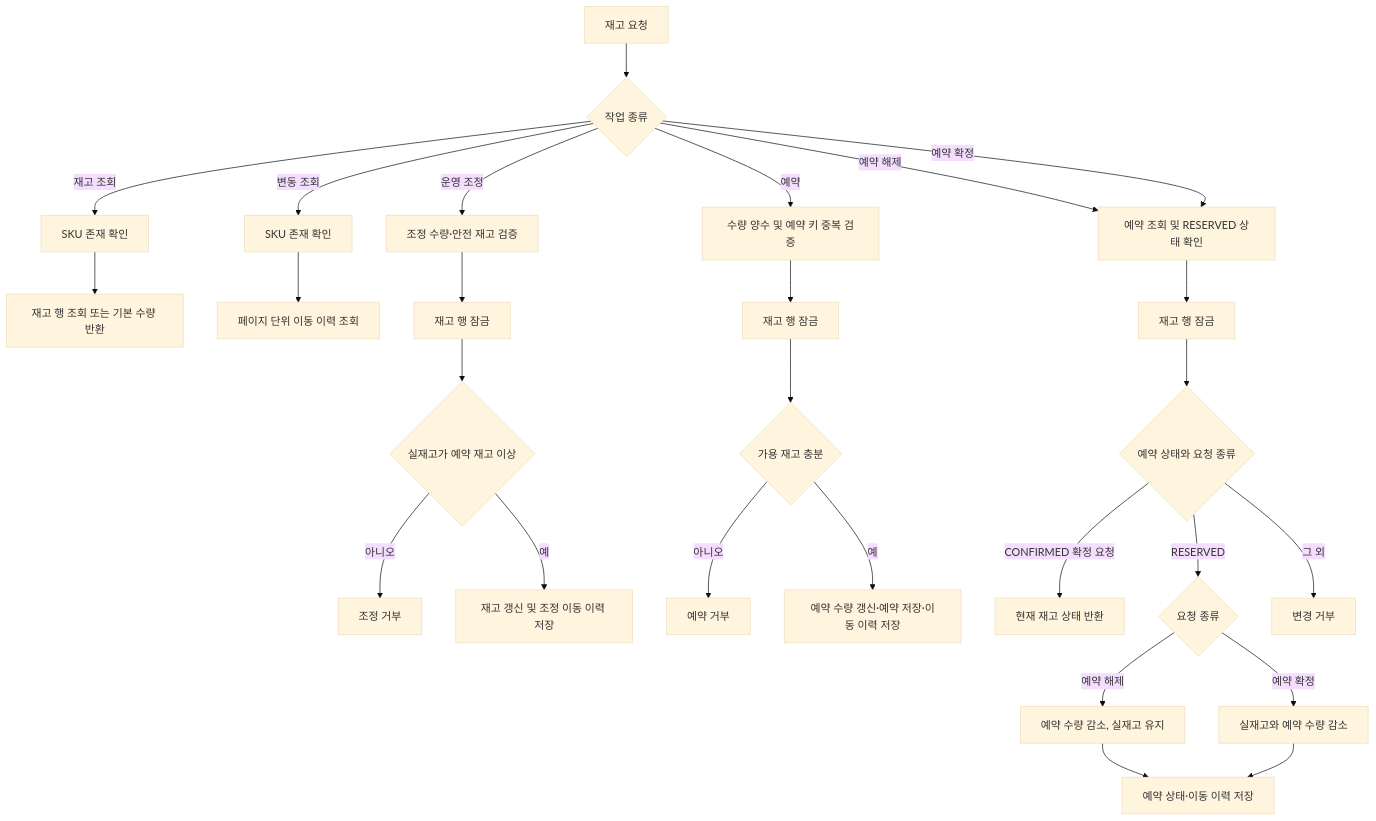
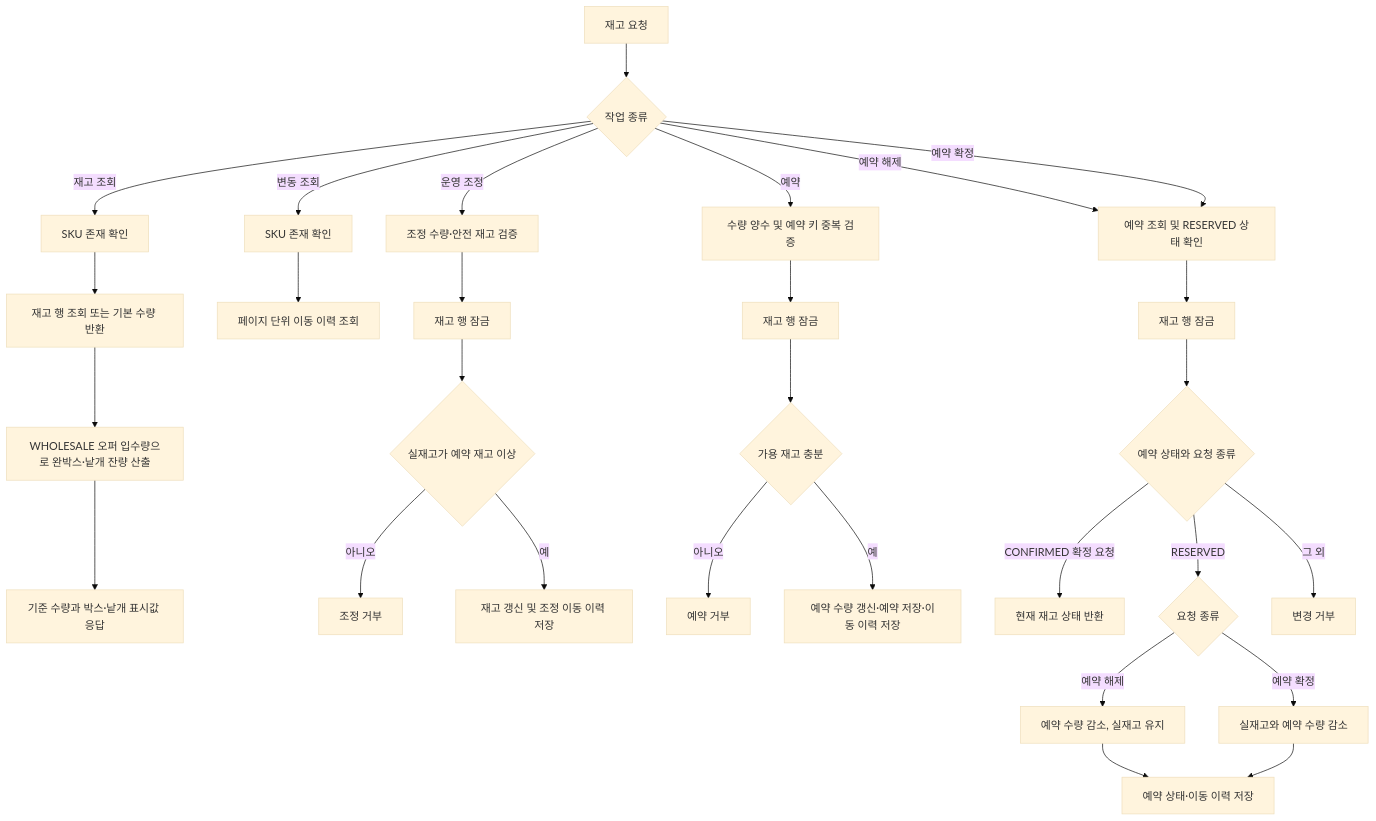
The first of 2 diagrams in docs/services/inventory.md (DongHyeonEom/umji-market-api), drawn with Mermaid (base theme) before and after one commit. The commit also changed other lines of this file and 38 other files, not shown here.

````diff
--- a/docs/services/inventory.md
+++ b/docs/services/inventory.md
@@ -13,29 +13,31 @@
 ```mermaid
 flowchart TD
     A[재고 요청] --> B{작업 종류}
     B -- 재고 조회 --> C[SKU 존재 확인]
     C --> D[재고 행 조회 또는 기본 수량 반환]
+    D --> D2[WHOLESALE 오퍼 입수량으로 완박스·낱개 잔량 산출]
+    D2 --> D3[기준 수량과 박스·낱개 표시값 응답]
     B -- 변동 조회 --> C1[SKU 존재 확인]
     C1 --> D1[페이지 단위 이동 이력 조회]
     B -- 운영 조정 --> E[조정 수량·안전 재고 검증]
     E --> F[재고 행 잠금]
     F --> G{실재고가 예약 재고 이상}
     G -- 아니오 --> H[조정 거부]
     G -- 예 --> I[재고 갱신 및 조정 이동 이력 저장]
     B -- 예약 --> J[수량 양수 및 예약 키 중복 검증]
     J --> K[재고 행 잠금]
     K --> L{가용 재고 충분}
     L -- 아니오 --> M[예약 거부]
     L -- 예 --> N[예약 수량 갱신·예약 저장·이동 이력 저장]
     B -- 예약 해제 --> O[예약 조회 및 RESERVED 상태 확인]
     B -- 예약 확정 --> O
     O --> P[재고 행 잠금]
     P --> Q{예약 상태와 요청 종류}
     Q -- CONFIRMED 확정 요청 --> R[현재 재고 상태 반환]
     Q -- RESERVED --> S{요청 종류}
     Q -- 그 외 --> T[변경 거부]
     S -- 예약 해제 --> U[예약 수량 감소, 실재고 유지]
     S -- 예약 확정 --> V[실재고와 예약 수량 감소]
     U --> W[예약 상태·이동 이력 저장]
     V --> W
 ```
````
